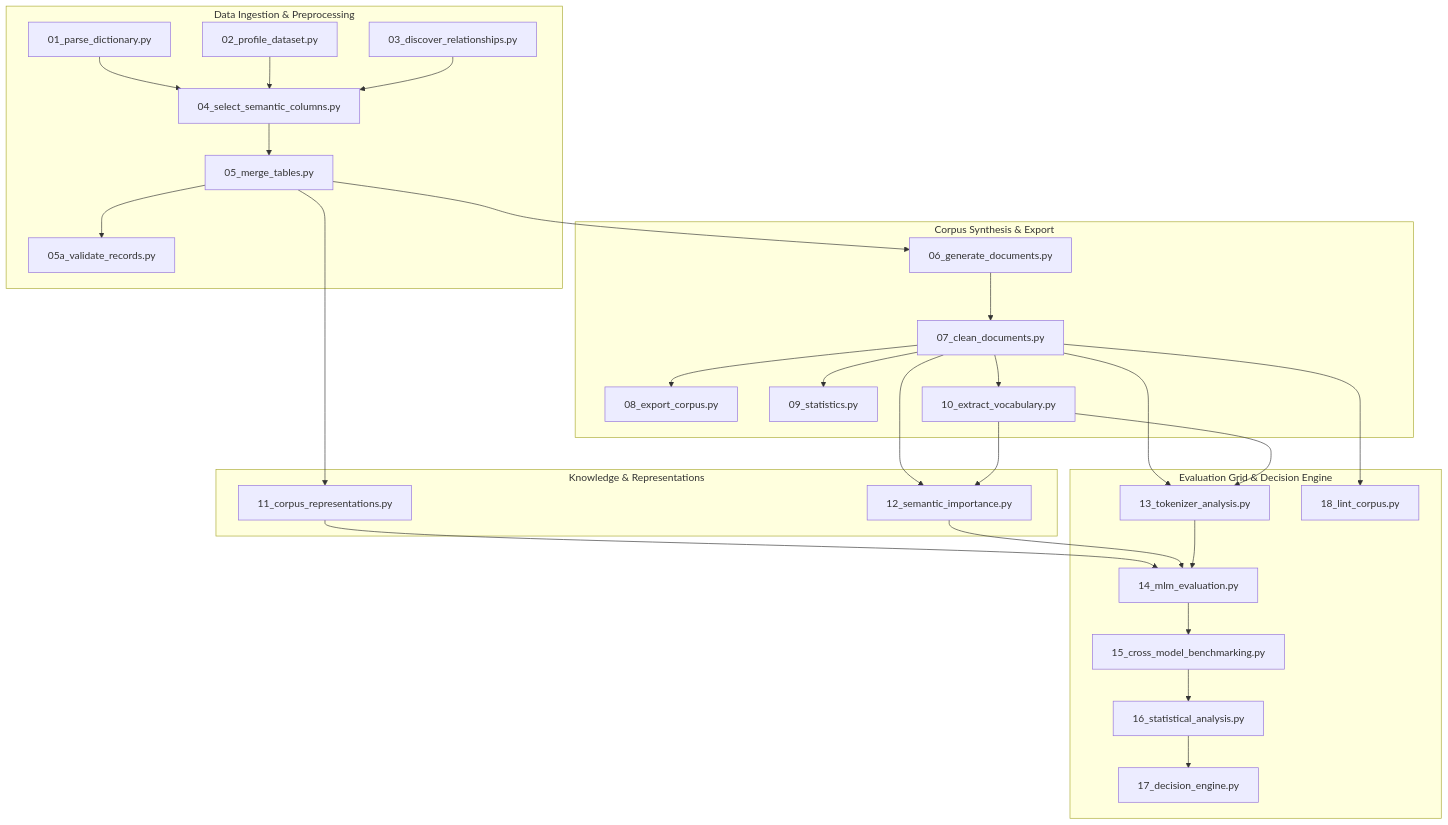
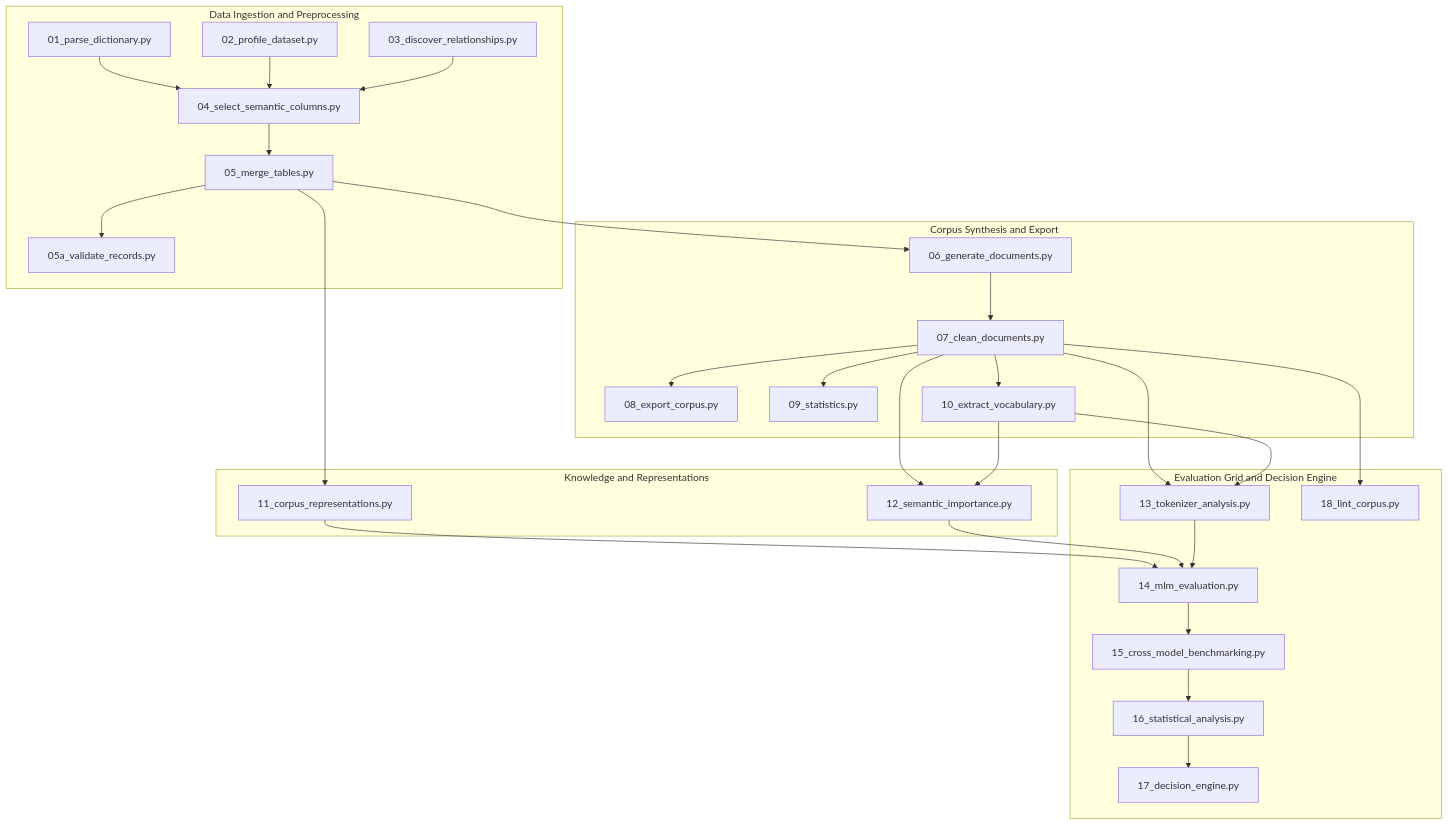
The diagram in README.md (AbhishekYadav2207/TSBC-MaritimePipeline-PR), drawn with Mermaid before and after one commit. The commit also changed other lines of this file, not shown here.

Commit message:
Refactor README for clarity and formatting consistency
Updated README.md for clarity and consistency in formatting. Fixed links and improved descriptions for various sections.

````diff
--- a/README.md
+++ b/README.md
@@ -23,40 +23,56 @@
 ```mermaid
 flowchart TD
-    subgraph Data Ingestion & Preprocessing
-        S01[01_parse_dictionary.py]
-        S02[02_profile_dataset.py]
-        S03[03_discover_relationships.py]
-        S04[04_select_semantic_columns.py]
-        S05[05_merge_tables.py]
-        S05a[05a_validate_records.py]
+    subgraph ingest["Data Ingestion and Preprocessing"]
+        S01["01_parse_dictionary.py"]
+        S02["02_profile_dataset.py"]
+        S03["03_discover_relationships.py"]
+        S04["04_select_semantic_columns.py"]
+        S05["05_merge_tables.py"]
+        S05a["05a_validate_records.py"]
     end
 
-    subgraph Corpus Synthesis & Export
-        S06[06_generate_documents.py]
-        S07[07_clean_documents.py]
-        S08[08_export_corpus.py]
-        S09[09_statistics.py]
-        S10[10_extract_vocabulary.py]
+    subgraph corpus["Corpus Synthesis and Export"]
+        S06["06_generate_documents.py"]
+        S07["07_clean_documents.py"]
+        S08["08_export_corpus.py"]
+        S09["09_statistics.py"]
+        S10["10_extract_vocabulary.py"]
     end
 
-    subgraph Knowledge & Representations
-        S11[11_corpus_representations.py]
-        S12[12_semantic_importance.py]
+    subgraph knowledge["Knowledge and Representations"]
+        S11["11_corpus_representations.py"]
+        S12["12_semantic_importance.py"]
     end
 
-    subgraph Evaluation Grid & Decision Engine
-        S13[13_tokenizer_analysis.py]
-        S14[14_mlm_evaluation.py]
-        S15[15_cross_model_benchmarking.py]
-        S16[16_statistical_analysis.py]
-        S17[17_decision_engine.py]
-        S18[18_lint_corpus.py]
+    subgraph evaluation["Evaluation Grid and Decision Engine"]
+        S13["13_tokenizer_analysis.py"]
+        S14["14_mlm_evaluation.py"]
+        S15["15_cross_model_benchmarking.py"]
+        S16["16_statistical_analysis.py"]
+        S17["17_decision_engine.py"]
+        S18["18_lint_corpus.py"]
     end
 
-    S01 & S02 & S03 --> S04 --> S05 --> S05a & S06
-    S06 --> S07 --> S08 & S09 & S10
+    S01 --> S04
+    S02 --> S04
+    S03 --> S04
+    S04 --> S05
+    S05 --> S05a
+    S05 --> S06
+    S06 --> S07
+    S07 --> S08
+    S07 --> S09
+    S07 --> S10
     S05 --> S11
-    S07 & S10 --> S12 & S13
-    S11 & S12 & S13 --> S14 --> S15 --> S16 --> S17
+    S07 --> S12
+    S10 --> S12
+    S07 --> S13
+    S10 --> S13
+    S11 --> S14
+    S12 --> S14
+    S13 --> S14
+    S14 --> S15
+    S15 --> S16
+    S16 --> S17
     S07 --> S18
 ```
````
